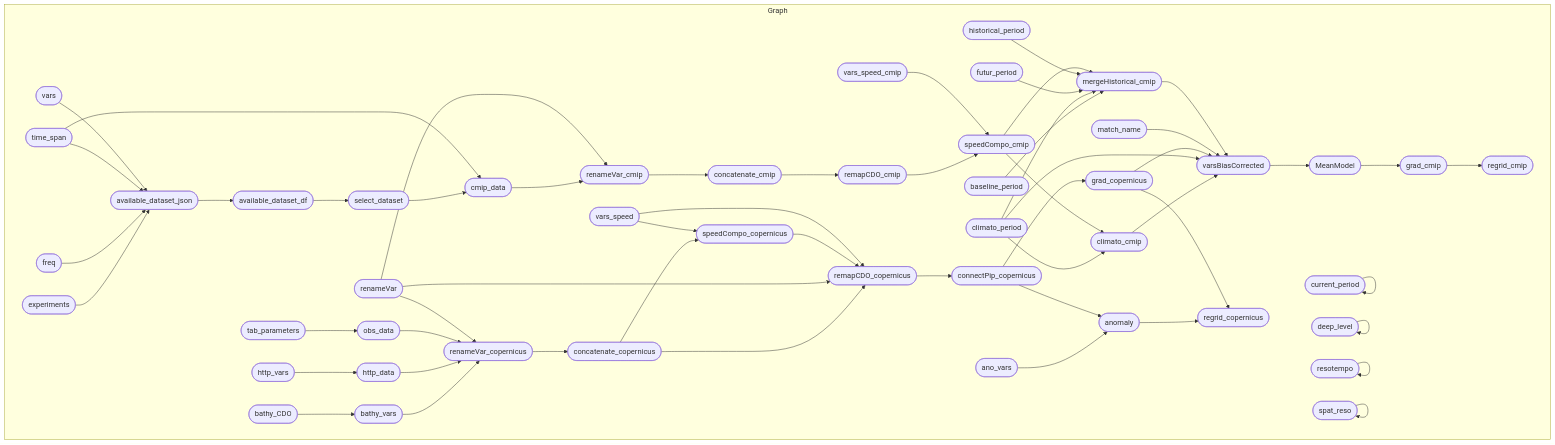
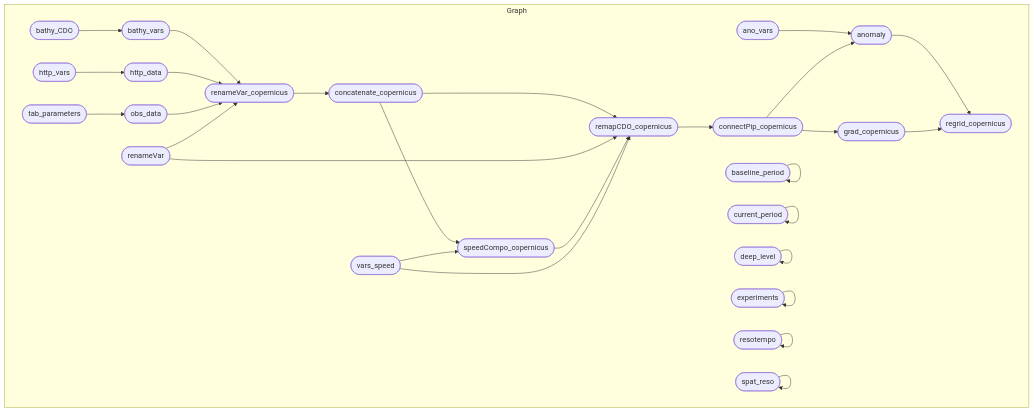
The diagram in README.md (r-fernandezz/downshape), drawn with Mermaid before and after one commit. The commit also changed other lines of this file and 1 other file, not shown here.

Commit message:
📝 DOC: update readme

````diff
--- a/README.md
+++ b/README.md
@@ -23,59 +23,32 @@
 ``` mermaid
 graph LR
   subgraph Graph
     direction LR
-    x3f5ab24ee8d242b4(["select_dataset"]):::outdated --> xd8e5f2013a341013(["cmip_data"]):::outdated
-    x2c0118dd07b06ac8(["time_span"]):::outdated --> xd8e5f2013a341013(["cmip_data"]):::outdated
-    x4fe875b2492d0106(["concatenate_cmip"]):::outdated --> xf4b49e2ba07661b1(["remapCDO_cmip"]):::outdated
-    xf4b49e2ba07661b1(["remapCDO_cmip"]):::outdated --> xe5de19f3be59da20(["speedCompo_cmip"]):::outdated
-    x7a197bdf5f12681a(["vars_speed_cmip"]):::outdated --> xe5de19f3be59da20(["speedCompo_cmip"]):::outdated
-    xb5a86a9ebe0b7b97(["ano_vars"]):::uptodate --> x9b87618f04cad4de(["anomaly"]):::errored
-    xd2707862cf793d3a(["connectPip_copernicus"]):::uptodate --> x9b87618f04cad4de(["anomaly"]):::errored
-    x0754d07deb71dd34(["MeanModel"]):::outdated --> x4c3d86d2401270ef(["grad_cmip"]):::outdated
-    x9289bfb53112cf3b(["concatenate_copernicus"]):::uptodate --> xfc6ed28680e5db72(["speedCompo_copernicus"]):::uptodate
-    xca459201a27e8460(["vars_speed"]):::uptodate --> xfc6ed28680e5db72(["speedCompo_copernicus"]):::uptodate
-    xbbe4eafa679df977(["climato_period"]):::outdated --> x0c817e56268c947c(["climato_cmip"]):::outdated
-    xe5de19f3be59da20(["speedCompo_cmip"]):::outdated --> x0c817e56268c947c(["climato_cmip"]):::outdated
-    x6fcf9b0e7fc429ff(["available_dataset_json"]):::outdated --> xe895740a9b7896f7(["available_dataset_df"]):::outdated
-    x21b09bf88a2ff147(["baseline_period"]):::uptodate --> xf21dac5ab86940da(["mergeHistorical_cmip"]):::outdated
-    xbbe4eafa679df977(["climato_period"]):::outdated --> xf21dac5ab86940da(["mergeHistorical_cmip"]):::outdated
-    xbce5cad1cf7e7103(["futur_period"]):::outdated --> xf21dac5ab86940da(["mergeHistorical_cmip"]):::outdated
-    x57dd1d5e854c11b6(["historical_period"]):::outdated --> xf21dac5ab86940da(["mergeHistorical_cmip"]):::outdated
-    xe5de19f3be59da20(["speedCompo_cmip"]):::outdated --> xf21dac5ab86940da(["mergeHistorical_cmip"]):::outdated
-    x9289bfb53112cf3b(["concatenate_copernicus"]):::uptodate --> xec6283d15a25ed08(["remapCDO_copernicus"]):::uptodate
-    xd15c82dcb79a7c2e(["renameVar"]):::uptodate --> xec6283d15a25ed08(["remapCDO_copernicus"]):::uptodate
-    xfc6ed28680e5db72(["speedCompo_copernicus"]):::uptodate --> xec6283d15a25ed08(["remapCDO_copernicus"]):::uptodate
-    xca459201a27e8460(["vars_speed"]):::uptodate --> xec6283d15a25ed08(["remapCDO_copernicus"]):::uptodate
-    x0c817e56268c947c(["climato_cmip"]):::outdated --> x178958aede3793d9(["varsBiasCorrected"]):::outdated
-    xbbe4eafa679df977(["climato_period"]):::outdated --> x178958aede3793d9(["varsBiasCorrected"]):::outdated
-    x37179b61a203cbd3(["grad_copernicus"]):::outdated --> x178958aede3793d9(["varsBiasCorrected"]):::outdated
-    xab1c13260db879af(["match_name"]):::outdated --> x178958aede3793d9(["varsBiasCorrected"]):::outdated
-    xf21dac5ab86940da(["mergeHistorical_cmip"]):::outdated --> x178958aede3793d9(["varsBiasCorrected"]):::outdated
-    xe44467b2b079fc18(["renameVar_copernicus"]):::uptodate --> x9289bfb53112cf3b(["concatenate_copernicus"]):::uptodate
-    xb5817e1daca13dcc(["bathy_vars"]):::uptodate --> xe44467b2b079fc18(["renameVar_copernicus"]):::uptodate
-    x35b468daf9281b76(["http_data"]):::uptodate --> xe44467b2b079fc18(["renameVar_copernicus"]):::uptodate
-    xd7bca5ba4e5f539d(["obs_data"]):::uptodate --> xe44467b2b079fc18(["renameVar_copernicus"]):::uptodate
-    xd15c82dcb79a7c2e(["renameVar"]):::uptodate --> xe44467b2b079fc18(["renameVar_copernicus"]):::uptodate
-    xd2707862cf793d3a(["connectPip_copernicus"]):::uptodate --> x37179b61a203cbd3(["grad_copernicus"]):::outdated
-    xe895740a9b7896f7(["available_dataset_df"]):::outdated --> x3f5ab24ee8d242b4(["select_dataset"]):::outdated
+    xb5a86a9ebe0b7b97(["ano_vars"]):::uptodate --> x9b87618f04cad4de(["anomaly"]):::outdated
+    xd2707862cf793d3a(["connectPip_copernicus"]):::outdated --> x9b87618f04cad4de(["anomaly"]):::outdated
+    xd2707862cf793d3a(["connectPip_copernicus"]):::outdated --> x37179b61a203cbd3(["grad_copernicus"]):::outdated
+    xb5817e1daca13dcc(["bathy_vars"]):::uptodate --> xe44467b2b079fc18(["renameVar_copernicus"]):::outdated
+    x35b468daf9281b76(["http_data"]):::uptodate --> xe44467b2b079fc18(["renameVar_copernicus"]):::outdated
+    xd7bca5ba4e5f539d(["obs_data"]):::outdated --> xe44467b2b079fc18(["renameVar_copernicus"]):::outdated
+    xd15c82dcb79a7c2e(["renameVar"]):::uptodate --> xe44467b2b079fc18(["renameVar_copernicus"]):::outdated
+    xec6283d15a25ed08(["remapCDO_copernicus"]):::outdated --> xd2707862cf793d3a(["connectPip_copernicus"]):::outdated
+    x9289bfb53112cf3b(["concatenate_copernicus"]):::outdated --> xec6283d15a25ed08(["remapCDO_copernicus"]):::outdated
+    xd15c82dcb79a7c2e(["renameVar"]):::uptodate --> xec6283d15a25ed08(["remapCDO_copernicus"]):::outdated
+    xfc6ed28680e5db72(["speedCompo_copernicus"]):::outdated --> xec6283d15a25ed08(["remapCDO_copernicus"]):::outdated
+    xca459201a27e8460(["vars_speed"]):::uptodate --> xec6283d15a25ed08(["remapCDO_copernicus"]):::outdated
+    x9289bfb53112cf3b(["concatenate_copernicus"]):::outdated --> xfc6ed28680e5db72(["speedCompo_copernicus"]):::outdated
+    xca459201a27e8460(["vars_speed"]):::uptodate --> xfc6ed28680e5db72(["speedCompo_copernicus"]):::outdated
+    xe44467b2b079fc18(["renameVar_copernicus"]):::outdated --> x9289bfb53112cf3b(["concatenate_copernicus"]):::outdated
+    x4301c707c2ab0cdc(["tab_parameters"]):::uptodate --> xd7bca5ba4e5f539d(["obs_data"]):::outdated
+    x9b87618f04cad4de(["anomaly"]):::outdated --> x86e690a15fc5d647(["regrid_copernicus"]):::outdated
+    x37179b61a203cbd3(["grad_copernicus"]):::outdated --> x86e690a15fc5d647(["regrid_copernicus"]):::outdated
+    x71e926299248ce3f(["http_vars"]):::uptodate --> x35b468daf9281b76(["http_data"]):::uptodate
     xf5c6fd225c377a3d(["bathy_CDO"]):::uptodate --> xb5817e1daca13dcc(["bathy_vars"]):::uptodate
-    x0262297569c18022(["renameVar_cmip"]):::outdated --> x4fe875b2492d0106(["concatenate_cmip"]):::outdated
-    x4301c707c2ab0cdc(["tab_parameters"]):::uptodate --> xd7bca5ba4e5f539d(["obs_data"]):::uptodate
-    x71e926299248ce3f(["http_vars"]):::uptodate --> x35b468daf9281b76(["http_data"]):::uptodate
-    x9b87618f04cad4de(["anomaly"]):::errored --> x86e690a15fc5d647(["regrid_copernicus"]):::outdated
-    x37179b61a203cbd3(["grad_copernicus"]):::outdated --> x86e690a15fc5d647(["regrid_copernicus"]):::outdated
-    xd8e5f2013a341013(["cmip_data"]):::outdated --> x0262297569c18022(["renameVar_cmip"]):::outdated
-    xd15c82dcb79a7c2e(["renameVar"]):::uptodate --> x0262297569c18022(["renameVar_cmip"]):::outdated
-    x178958aede3793d9(["varsBiasCorrected"]):::outdated --> x0754d07deb71dd34(["MeanModel"]):::outdated
-    xec6283d15a25ed08(["remapCDO_copernicus"]):::uptodate --> xd2707862cf793d3a(["connectPip_copernicus"]):::uptodate
-    xac02e5e58926353b(["experiments"]):::uptodate --> x6fcf9b0e7fc429ff(["available_dataset_json"]):::outdated
-    x906e78a8df9f52cb(["freq"]):::outdated --> x6fcf9b0e7fc429ff(["available_dataset_json"]):::outdated
-    x2c0118dd07b06ac8(["time_span"]):::outdated --> x6fcf9b0e7fc429ff(["available_dataset_json"]):::outdated
-    x8f15ec77b8dbd81a(["vars"]):::outdated --> x6fcf9b0e7fc429ff(["available_dataset_json"]):::outdated
-    x4c3d86d2401270ef(["grad_cmip"]):::outdated --> x14e8a4fa0f44afa5(["regrid_cmip"]):::outdated
+    x21b09bf88a2ff147(["baseline_period"]):::uptodate --> x21b09bf88a2ff147(["baseline_period"]):::uptodate
     x084994fb0e480676(["current_period"]):::uptodate --> x084994fb0e480676(["current_period"]):::uptodate
     x625f066a5f205ec8(["deep_level"]):::uptodate --> x625f066a5f205ec8(["deep_level"]):::uptodate
+    xac02e5e58926353b(["experiments"]):::uptodate --> xac02e5e58926353b(["experiments"]):::uptodate
     x55a14a7f5821bbec(["resotempo"]):::uptodate --> x55a14a7f5821bbec(["resotempo"]):::uptodate
     xe73cbbcc20086ecd(["spat_reso"]):::uptodate --> xe73cbbcc20086ecd(["spat_reso"]):::uptodate
   end
 ```
````
